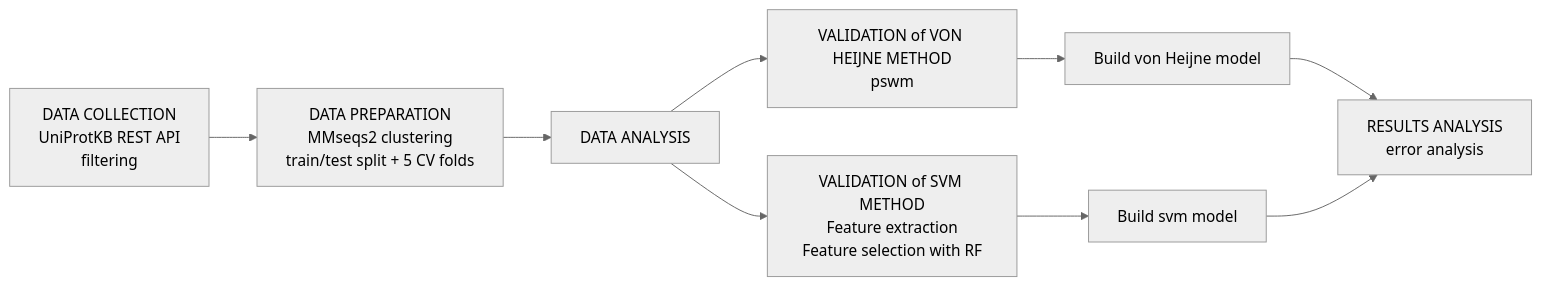
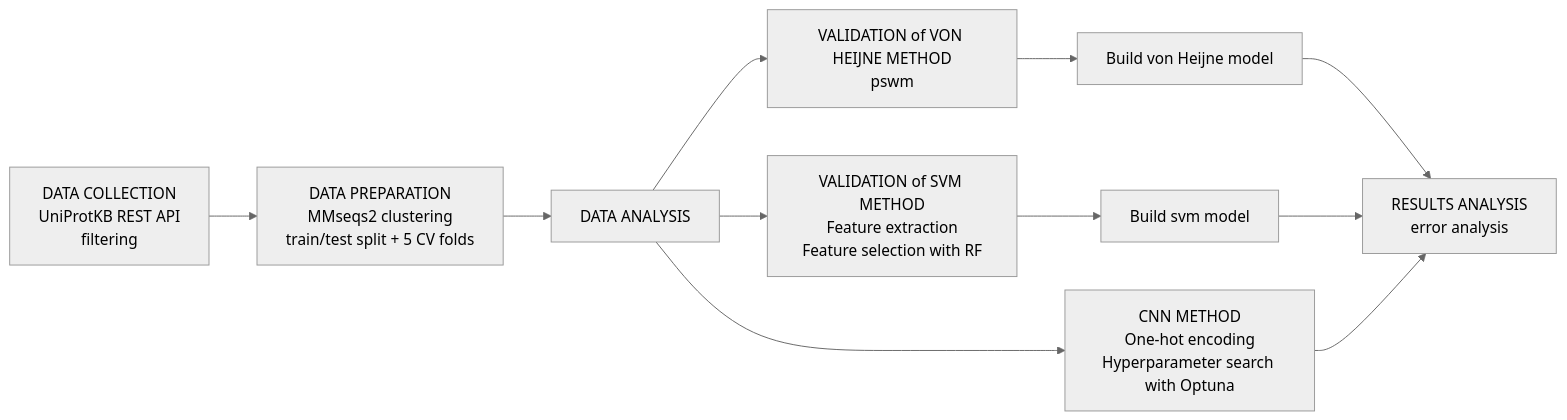
Before and after one commit to alirammal-ux/Signal_Peptide_Predictor: the diagram in README.md, drawn with Mermaid (neutral theme). The commit also changed other lines of this file and 27 other files, not shown here.

````diff
--- a/README.md
+++ b/README.md
@@ -15,11 +15,13 @@
 ```mermaid
 flowchart LR
     A[DATA COLLECTION<br>UniProtKB REST API<br>filtering] --> B[DATA PREPARATION<br>MMseqs2 clustering <br>train/test split + 5 CV folds]
     B --> C[DATA ANALYSIS]
     C --> D[VALIDATION of VON HEIJNE METHOD<br>pswm]
     D --> E[Build von Heijne model]
     C --> F[VALIDATION of SVM METHOD<br>Feature extraction<br>Feature selection with RF]
     F --> G[Build svm model]
+    C ---> I[CNN METHOD<br>One-hot encoding<br>Hyperparameter search with Optuna]
     E --> H[RESULTS ANALYSIS<br>error analysis]
     G --> H[RESULTS ANALYSIS<br>error analysis]
+    I --> H[RESULTS ANALYSIS<br>error analysis]
 ```
````
